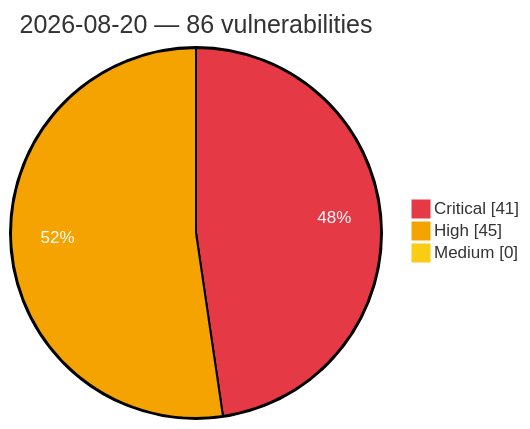
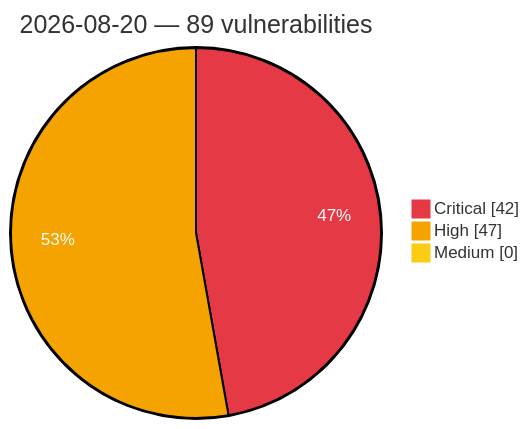
One commit to GhostX0X/vuln-tracker changed the diagram in vulnerabilities/2026/August/2026-08-20.md. Above: the diagram before and after it, drawn with Mermaid. The commit also changed other lines of this file and 5 other files, not shown here.

Commit message:
Auto update: critical/high vulns (2026-08-20 21:54 UTC)

````diff
--- a/vulnerabilities/2026/August/2026-08-20.md
+++ b/vulnerabilities/2026/August/2026-08-20.md
@@ -3,8 +3,8 @@
 ```mermaid
 %%{init: {'theme':'base', 'themeVariables': {'pie1':'#e63946', 'pie2':'#f4a300', 'pie3':'#facc15', 'pieOpacity':'1', 'pieOuterStrokeWidth':'2px', 'pieSectionTextColor':'#ffffff'}}}%%
 pie showData
-    title 2026-08-20 — 86 vulnerabilities
-    "Critical" : 41
-    "High" : 45
+    title 2026-08-20 — 89 vulnerabilities
+    "Critical" : 42
+    "High" : 47
     "Medium" : 0
 ```
````
